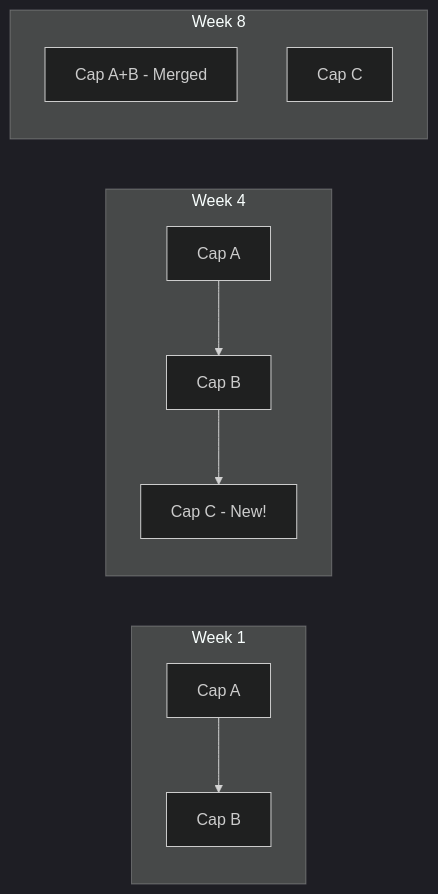
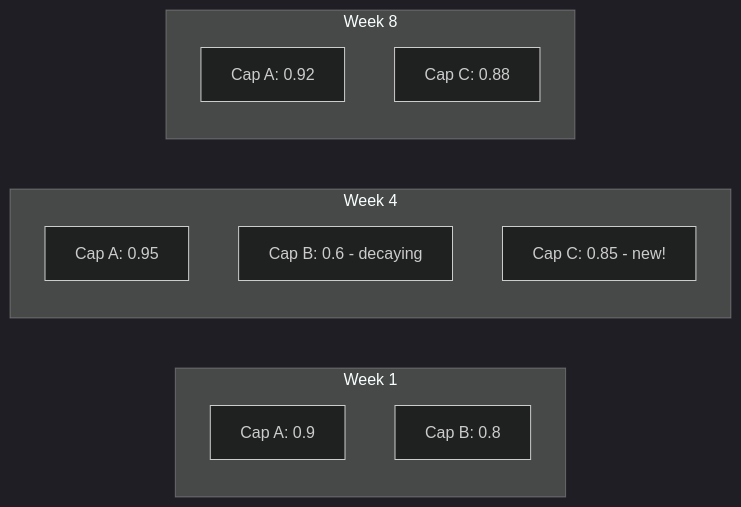
One commit to Casys-AI/casys-pml changed the fifth of 5 diagrams in src/web/posts/2025-12-18-emergent-capabilities.md. Above: the diagram before and after it, drawn with Mermaid (dark theme). The commit also changed other lines of this file and 3 other files, not shown here.

````diff
--- a/src/web/posts/2025-12-18-emergent-capabilities.md
+++ b/src/web/posts/2025-12-18-emergent-capabilities.md
@@ -178,16 +181,18 @@
 ```mermaid
 graph LR
     subgraph "Week 1"
-        A1[Cap A] --> A2[Cap B]
+        A1[Cap A: 0.9]
+        A2[Cap B: 0.8]
     end
 
     subgraph "Week 4"
-        B1[Cap A] --> B2[Cap B]
-        B2 --> B3[Cap C - New!]
+        B1[Cap A: 0.95]
+        B2[Cap B: 0.6 - decaying]
+        B3[Cap C: 0.85 - new!]
     end
 
     subgraph "Week 8"
-        C1[Cap A+B - Merged]
-        C2[Cap C]
+        C1[Cap A: 0.92]
+        C2[Cap C: 0.88]
     end
 ```
````
